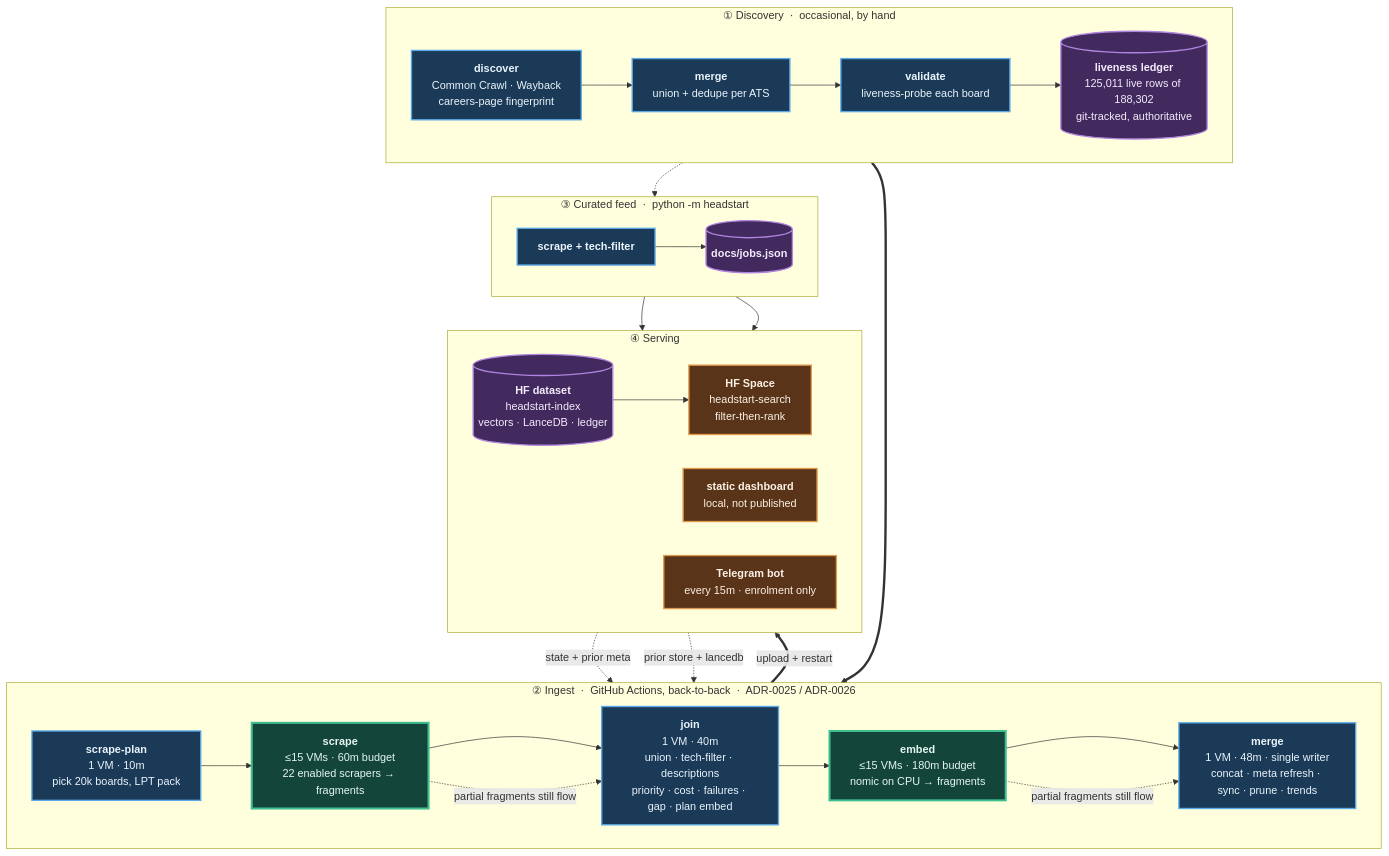
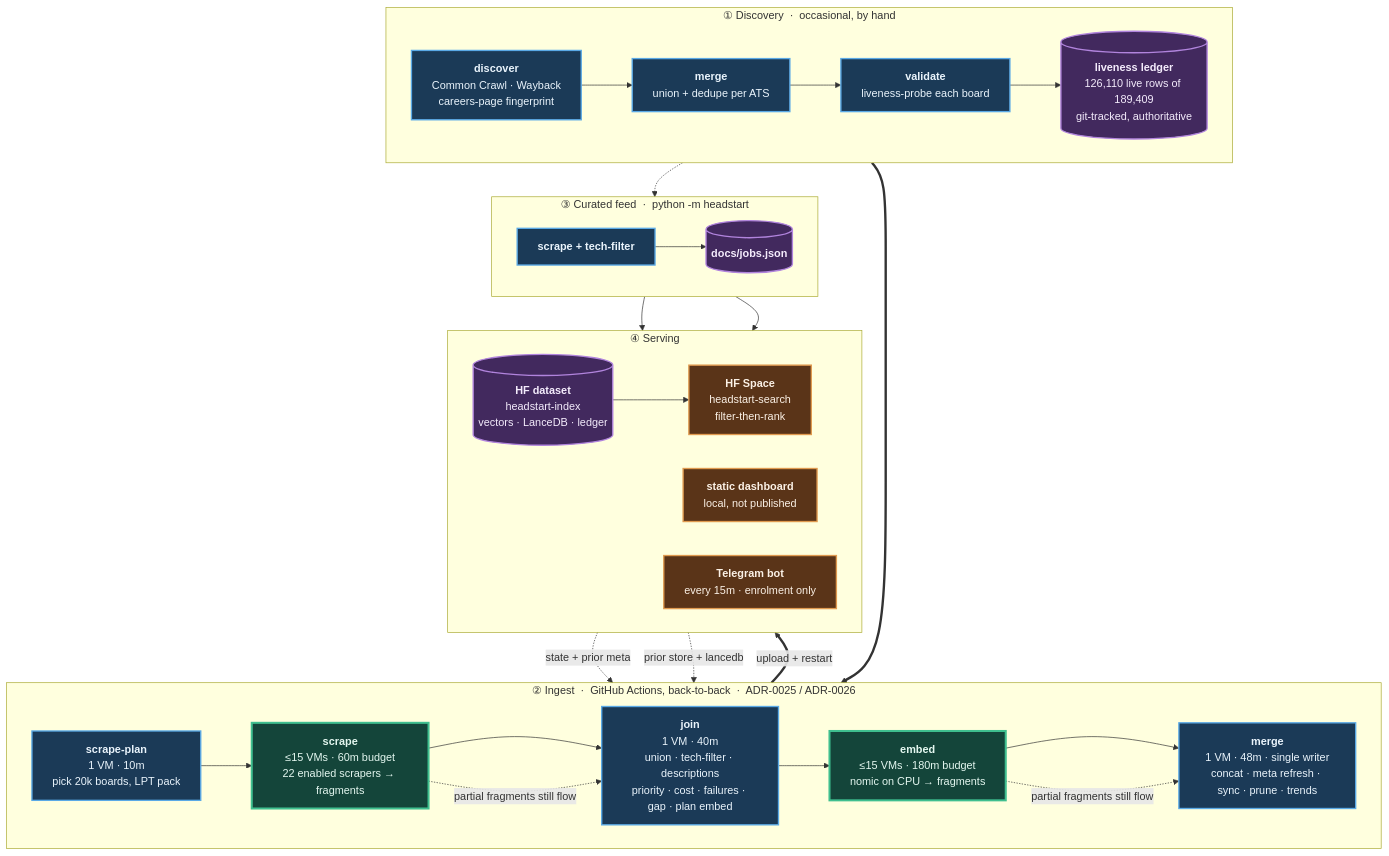
Before and after one commit to sarthakjain004/headstart: the diagram in README.md, drawn with Mermaid. The commit also changed other lines of this file and 16 other files, not shown here.

````diff
--- a/README.md
+++ b/README.md
@@ -84,56 +84,56 @@
 ```mermaid
 flowchart TB
     subgraph D["① Discovery &nbsp;·&nbsp; occasional, by hand"]
         direction LR
         D1["<b>discover</b><br/>Common Crawl · Wayback<br/>careers-page fingerprint"]
         D2["<b>merge</b><br/>union + dedupe per ATS"]
         D3["<b>validate</b><br/>liveness-probe each board"]
-        D4[("<b>liveness ledger</b><br/>125,011 live rows of 188,302<br/>git-tracked, authoritative")]
+        D4[("<b>liveness ledger</b><br/>126,110 live rows of 189,409<br/>git-tracked, authoritative")]
         D1 --> D2 --> D3 --> D4
     end
 
     subgraph P["② Ingest &nbsp;·&nbsp; GitHub Actions, back-to-back &nbsp;·&nbsp; ADR-0025 / ADR-0026"]
         direction LR
         P1["<b>scrape-plan</b><br/>1 VM · 10m<br/>pick 20k boards, LPT pack"]
         P2["<b>scrape</b><br/>≤15 VMs · 60m budget<br/>22 enabled scrapers → fragments"]
         P3["<b>join</b><br/>1 VM · 40m<br/>union · tech-filter · descriptions<br/>priority · cost · failures · gap · plan embed"]
         P4["<b>embed</b><br/>≤15 VMs · 180m budget<br/>nomic on CPU → fragments"]
         P5["<b>merge</b><br/>1 VM · 48m · single writer<br/>concat · meta refresh · sync · prune · trends"]
         P1 --> P2 --> P3 --> P4 --> P5
     end
 
     subgraph F["③ Curated feed &nbsp;·&nbsp; python -m headstart"]
         direction LR
         F1["<b>scrape + tech-filter</b>"]
         F2[("<b>docs/jobs.json</b>")]
         F1 --> F2
     end
 
     subgraph S["④ Serving"]
         direction LR
         S1[("<b>HF dataset</b><br/>headstart-index<br/>vectors · LanceDB · ledger")]
         S2["<b>HF Space</b><br/>headstart-search<br/>filter-then-rank"]
         S3["<b>static dashboard</b><br/>local, not published"]
         S4["<b>Telegram bot</b><br/>every 15m · enrolment only"]
         S1 --> S2
     end
 
     D4 ==> P1
     S1 -. "state + prior meta" .-> P1
     S1 -. "prior store + lancedb" .-> P5
     D4 -.-> F1
     P5 ==>|"upload + restart"| S1
     F2 --> S3
     F2 --> S4
     P2 -. "partial fragments still flow" .-> P3
     P4 -. "partial fragments still flow" .-> P5
 
     classDef serial fill:#1b3a57,stroke:#5aa9e6,stroke-width:2px,color:#eaf4fc
     classDef fan fill:#14453a,stroke:#3fbf8f,stroke-width:3px,color:#e4f7f0
     classDef store fill:#42295e,stroke:#b184dd,stroke-width:2px,color:#f4ecfc
     classDef serve fill:#5a3418,stroke:#e09a4f,stroke-width:2px,color:#fbf1e6
     class D1,D2,D3,P1,P3,P5,F1 serial
     class P2,P4 fan
     class D4,F2,S1 store
     class S2,S3,S4 serve
 ```
````
